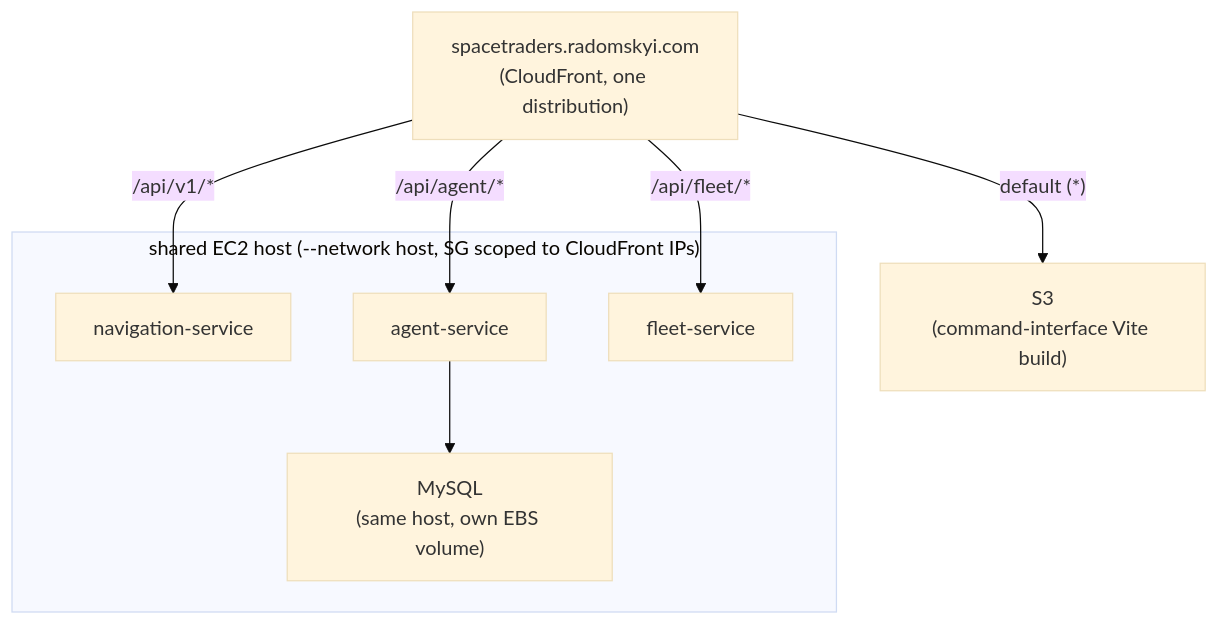
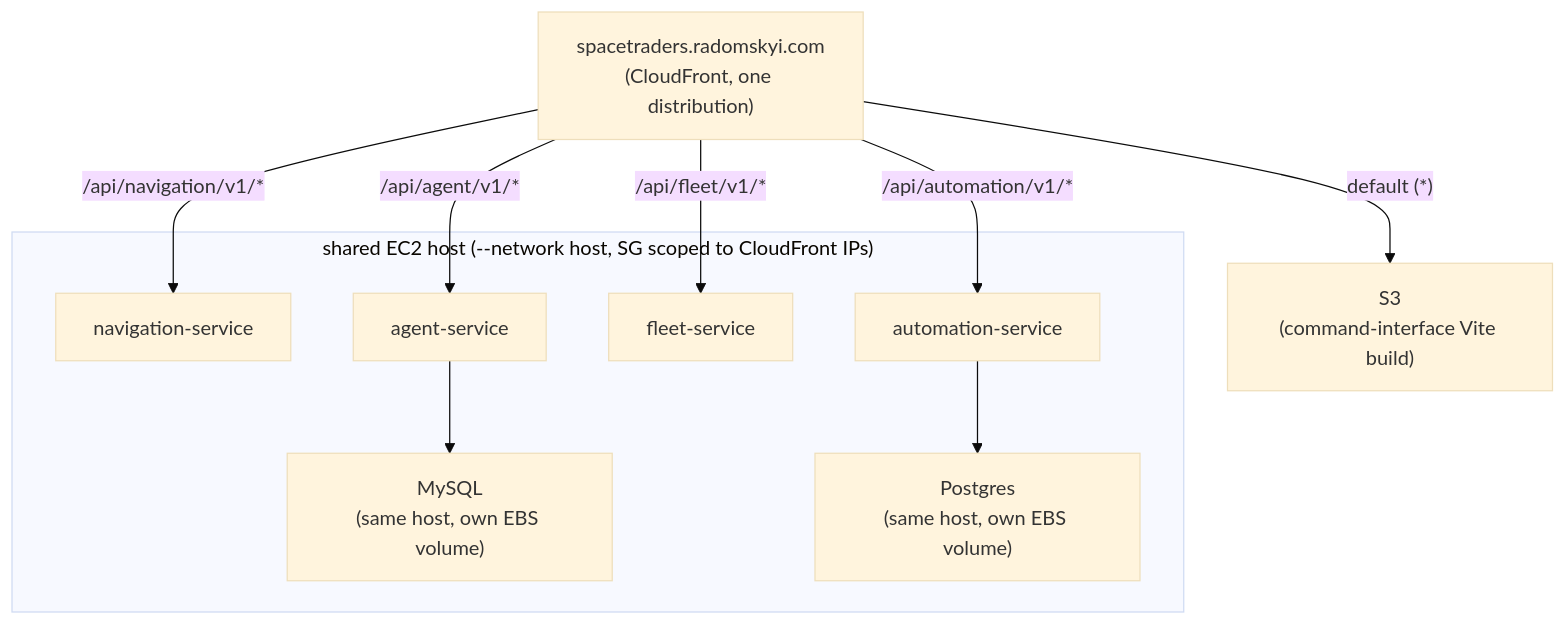
The diagram in docs/operations.md (V-M-Pioneer-Trading/meta), drawn with Mermaid (base theme) before and after one commit. The commit also changed other lines of this file and 1 other file, not shown here.

Commit message:
Update local dev + prod deployment docs to the new /api/<service>/v1/ scheme
Part of a system-wide rename to a consistent /api/<service>/v1/ prefix
across agent/fleet/navigation/automation-service. Also refreshes
operations.md's production diagram, which had drifted (said "pending
apply" and omitted automation-service entirely even before this rename).

````diff
--- a/docs/operations.md
+++ b/docs/operations.md
@@ -61,22 +60,28 @@
 ```mermaid
 graph TD
     CF["spacetraders.radomskyi.com<br/>(CloudFront, one distribution)"]
     S3["S3<br/>(command-interface Vite build)"]
     NAV["navigation-service"]
     AGENT["agent-service"]
     FLEET["fleet-service"]
+    AUTO["automation-service"]
     MYSQL["MySQL<br/>(same host, own EBS volume)"]
+    PG["Postgres<br/>(same host, own EBS volume)"]
 
     CF -- "default (*)" --> S3
-    CF -- "/api/v1/*" --> NAV
-    CF -- "/api/agent/*" --> AGENT
-    CF -- "/api/fleet/*" --> FLEET
+    CF -- "/api/navigation/v1/*" --> NAV
+    CF -- "/api/agent/v1/*" --> AGENT
+    CF -- "/api/fleet/v1/*" --> FLEET
+    CF -- "/api/automation/v1/*" --> AUTO
     AGENT --> MYSQL
+    AUTO --> PG
 
     subgraph EC2["shared EC2 host (--network host, SG scoped to CloudFront IPs)"]
         NAV
         AGENT
         FLEET
+        AUTO
         MYSQL
+        PG
     end
 ```
````
